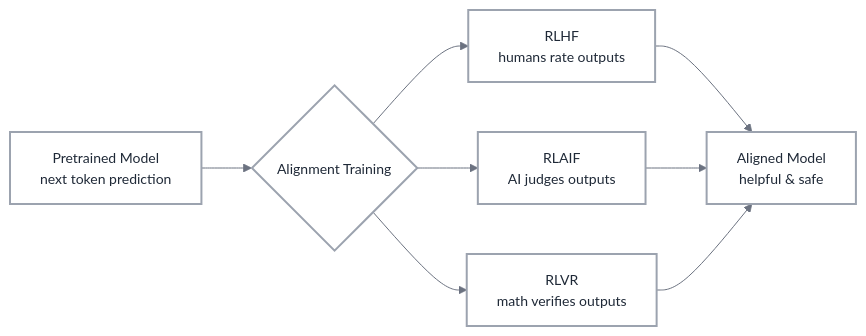
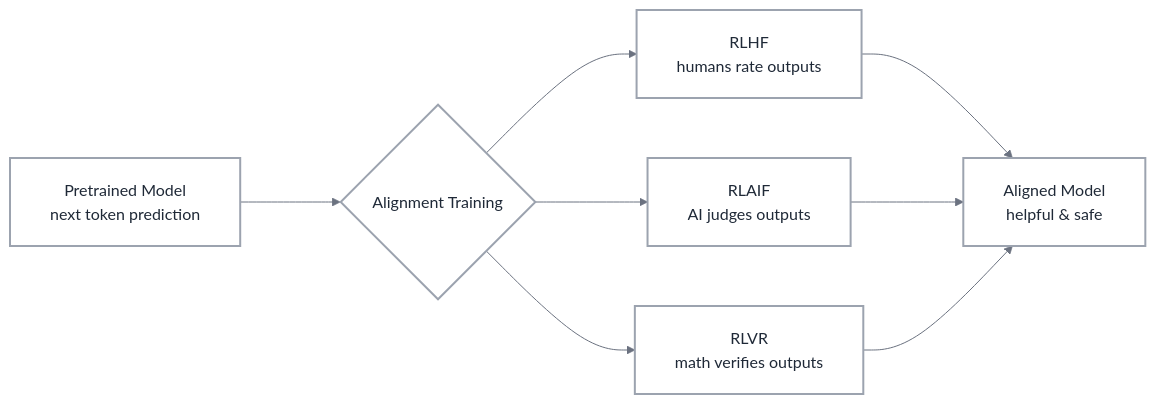
One commit to saraswatmks/saraswatmks.github.com changed the first of 3 diagrams in _posts/2026/2026-02-18-rlhf-rlaif-rlvr.md. Above: the diagram before and after it, drawn with Mermaid. The commit also changed other lines of this file, not shown here.

Commit message:
update diagrams div

````diff
--- a/_posts/2026/2026-02-18-rlhf-rlaif-rlvr.md
+++ b/_posts/2026/2026-02-18-rlhf-rlaif-rlvr.md
@@ -42,29 +42,36 @@
-```mermaid
+<div class="mermaid">
 %%{init: {
   'theme': 'base',
   'themeVariables': {
     'primaryColor': '#FFFFFF',
     'primaryTextColor': '#1F2937',
     'primaryBorderColor': '#9CA3AF',
     'lineColor': '#6B7280',
-    'fontSize': '14px',
+    'fontSize': '16px',
     'fontFamily': 'system-ui, -apple-system, sans-serif'
+  },
+  'flowchart': {
+    'nodeSpacing': 60,
+    'rankSpacing': 100,
+    'padding': 20,
+    'useMaxWidth': true,
+    'htmlLabels': true
   }
 }}%%
 
 flowchart LR
     A[Pretrained Model<br/>next token prediction] --> B{Alignment Training}
     B --> C[RLHF<br/>humans rate outputs]
     B --> D[RLAIF<br/>AI judges outputs]
     B --> E[RLVR<br/>math verifies outputs]
     C --> F[Aligned Model<br/>helpful & safe]
     D --> F
     E --> F
 
     style A fill:#FFFFFF,stroke:#9CA3AF,stroke-width:2px,color:#1F2937
     style B fill:#FFFFFF,stroke:#9CA3AF,stroke-width:2px,color:#1F2937
     style C fill:#FFFFFF,stroke:#9CA3AF,stroke-width:2px,color:#1F2937
     style D fill:#FFFFFF,stroke:#9CA3AF,stroke-width:2px,color:#1F2937
     style E fill:#FFFFFF,stroke:#9CA3AF,stroke-width:2px,color:#1F2937
     style F fill:#FFFFFF,stroke:#9CA3AF,stroke-width:2px,color:#1F2937
-```
+</div>
````
